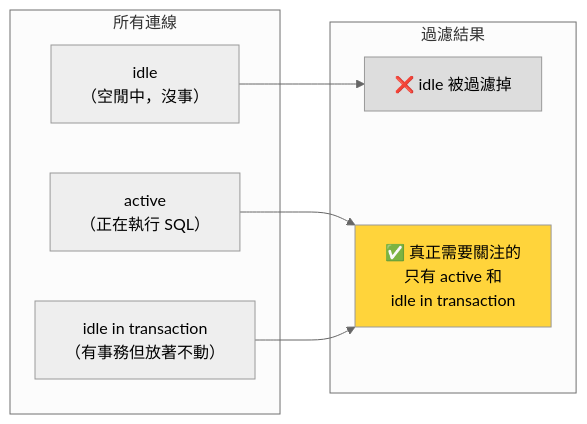
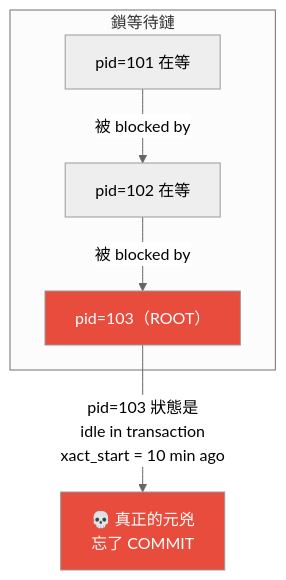
The seventh of 25 diagrams in PostgreSQL_Monitoring.md (henry-tpwong/postgresql_note), drawn with Mermaid (neutral theme) before and after one commit. The commit also changed other lines of this file, not shown here.

````diff
--- a/PostgreSQL_Monitoring.md
+++ b/PostgreSQL_Monitoring.md
@@ -134,20 +309,16 @@
 ```mermaid
-flowchart LR
-    subgraph 所有連線
-        A["idle<br/>（空閒中，沒事）"]
-        B["active<br/>（正在執行 SQL）"]
-        C["idle in transaction<br/>（有事務但放著不動）"]
+flowchart TD
+    subgraph Chain["鎖等待鏈"]
+        A["pid=101 在等"]
+        B["pid=102 在等"]
+        C["pid=103（ROOT）"]
+
+        A -->|"被 blocked by"| B
+        B -->|"被 blocked by"| C
     end
-    
-    subgraph 過濾結果
-        D["❌ idle 被過濾掉"]
-        E["✅ 真正需要關注的<br/>只有 active 和<br/>idle in transaction"]
-    end
-    
-    A --> D
-    B --> E
-    C --> E
-    
-    style D fill:#ddd
-    style E fill:#ffd43b
+
+    C --> |"pid=103 狀態是<br/>idle in transaction<br/>xact_start = 10 min ago"| ROOT["💀 真正的元兇<br/>忘了 COMMIT"]
+
+    style C fill:#e74c3c,color:#fff
+    style ROOT fill:#e74c3c,color:#fff
 ```
````
